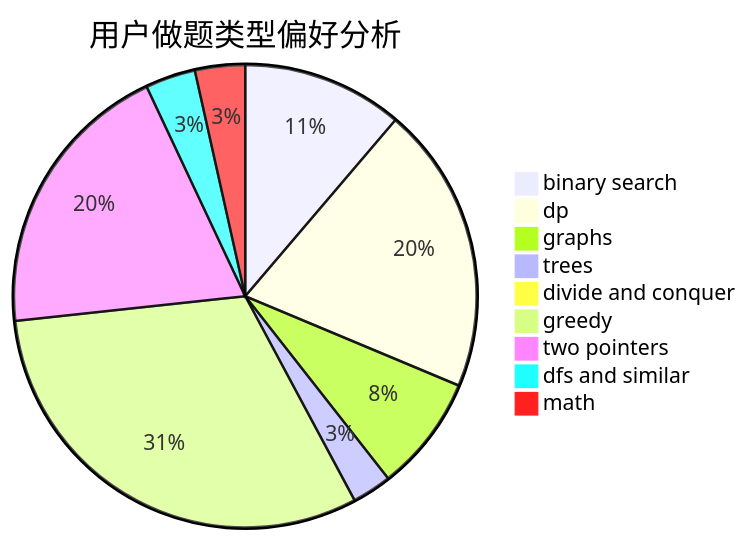
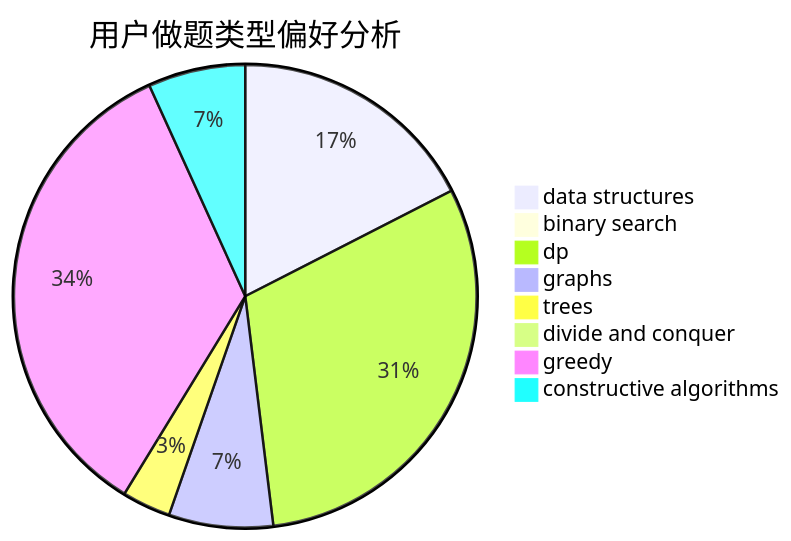
One commit to sherpahu/cfrs.github.io changed the second of 3 diagrams in docs/user/u1704.md. Above: the diagram before and after it, drawn with Mermaid. The commit also changed other lines of this file and 2775 other files, not shown here.

````diff
--- a/docs/user/u1704.md
+++ b/docs/user/u1704.md
@@ -23,12 +23,11 @@
 ```mermaid
 pie title 用户做题类型偏好分析
-    "binary search" :  61
-    "dp" :  109
-    "graphs" :  44
-    "trees" :  15
+    "data structures" :  36
+    "binary search" :  0
+    "dp" :  63
+    "graphs" :  15
+    "trees" :  7
     "divide and conquer" :  0
-    "greedy" :  169
-    "two pointers" :  107
-    "dfs and similar" :  19
-    "math" :  19
+    "greedy" :  71
+    "constructive algorithms" :  14
 ```
````
